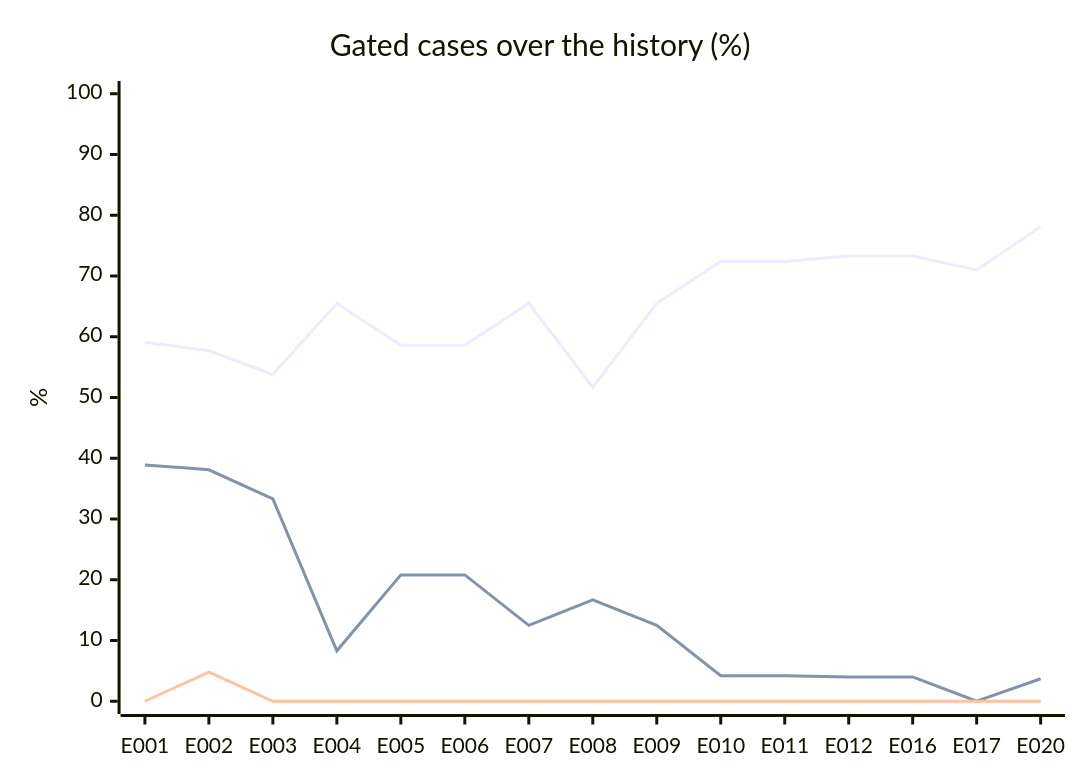
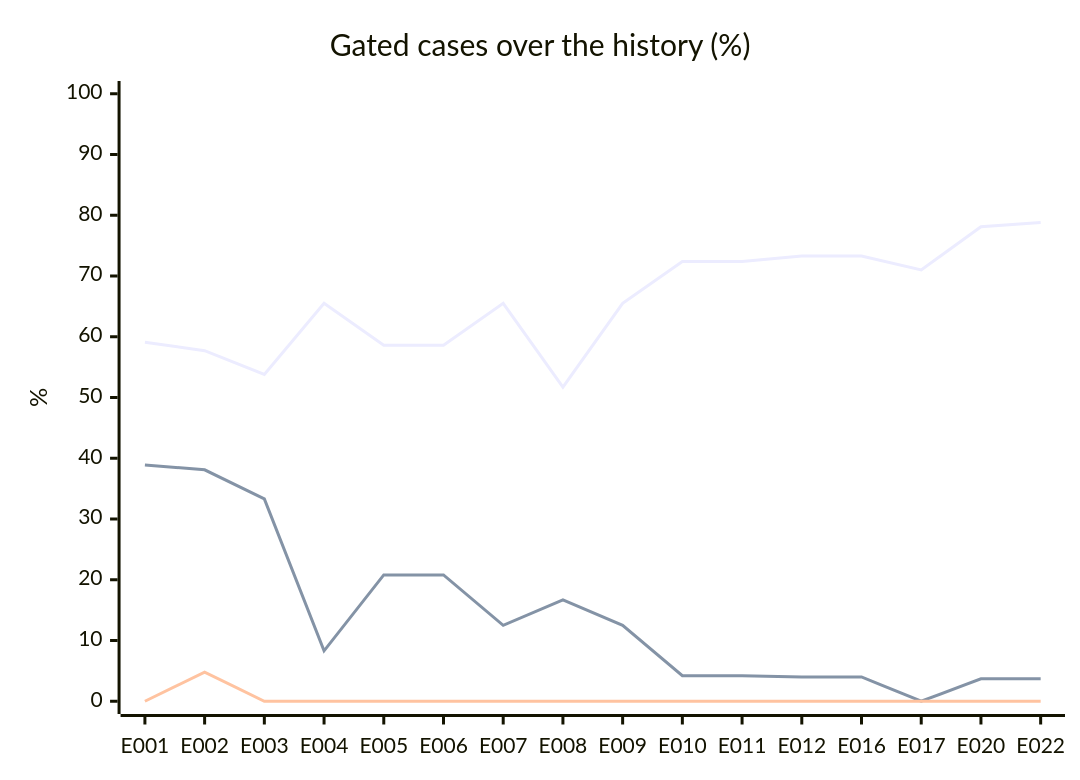
Before and after one commit to acarbonellb/anti-fraud-agent: the second of 2 diagrams in evals/report.md, drawn with Mermaid. The commit also changed other lines of this file and 7 other files, not shown here.

````diff
--- a/evals/report.md
+++ b/evals/report.md
@@ -140,9 +143,9 @@
 ```mermaid
 xychart-beta
   title "Gated cases over the history (%)"
-  x-axis [E001, E002, E003, E004, E005, E006, E007, E008, E009, E010, E011, E012, E016, E017, E020]
+  x-axis [E001, E002, E003, E004, E005, E006, E007, E008, E009, E010, E011, E012, E016, E017, E020, E022]
   y-axis "%" 0 --> 100
-  line [59.1, 57.7, 53.8, 65.5, 58.6, 58.6, 65.5, 51.7, 65.5, 72.4, 72.4, 73.3, 73.3, 71, 78.1]
-  line [38.9, 38.1, 33.3, 8.3, 20.8, 20.8, 12.5, 16.7, 12.5, 4.2, 4.2, 4, 4, 0, 3.7]
-  line [0, 4.8, 0, 0, 0, 0, 0, 0, 0, 0, 0, 0, 0, 0, 0]
+  line [59.1, 57.7, 53.8, 65.5, 58.6, 58.6, 65.5, 51.7, 65.5, 72.4, 72.4, 73.3, 73.3, 71, 78.1, 78.8]
+  line [38.9, 38.1, 33.3, 8.3, 20.8, 20.8, 12.5, 16.7, 12.5, 4.2, 4.2, 4, 4, 0, 3.7, 3.7]
+  line [0, 4.8, 0, 0, 0, 0, 0, 0, 0, 0, 0, 0, 0, 0, 0, 0]
 ```
````
